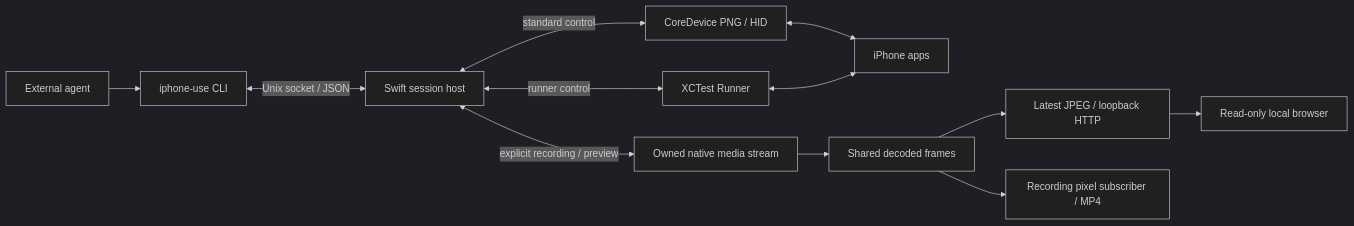
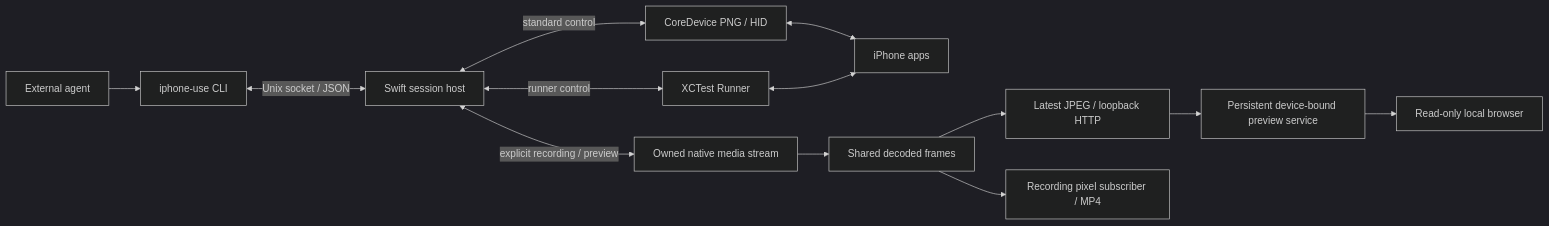
One commit to HughLee824/iphone-use changed the diagram in docs/architecture.md. Above: the diagram before and after it, drawn with Mermaid (dark theme). The commit also changed other lines of this file and 573 other files, not shown here.

````diff
--- a/docs/architecture.md
+++ b/docs/architecture.md
@@ -9,14 +9,15 @@
 ```mermaid
 flowchart LR
     Agent[External agent] --> CLI[iphone-use CLI]
     CLI <-->|Unix socket / JSON| Host[Swift session host]
     Host <-->|standard control| Native[CoreDevice PNG / HID]
     Host <-->|runner control| Runner[XCTest Runner]
     Native <--> Apps[iPhone apps]
     Runner <--> Apps
     Host <-->|explicit recording / preview| Media[Owned native media stream]
     Media --> Decode[Shared decoded frames]
     Decode --> Preview[Latest JPEG / loopback HTTP]
-    Preview --> Browser[Read-only local browser]
+    Preview --> Service[Persistent device-bound preview service]
+    Service --> Browser[Read-only local browser]
     Decode --> Recording[Recording pixel subscriber / MP4]
 ```
````
